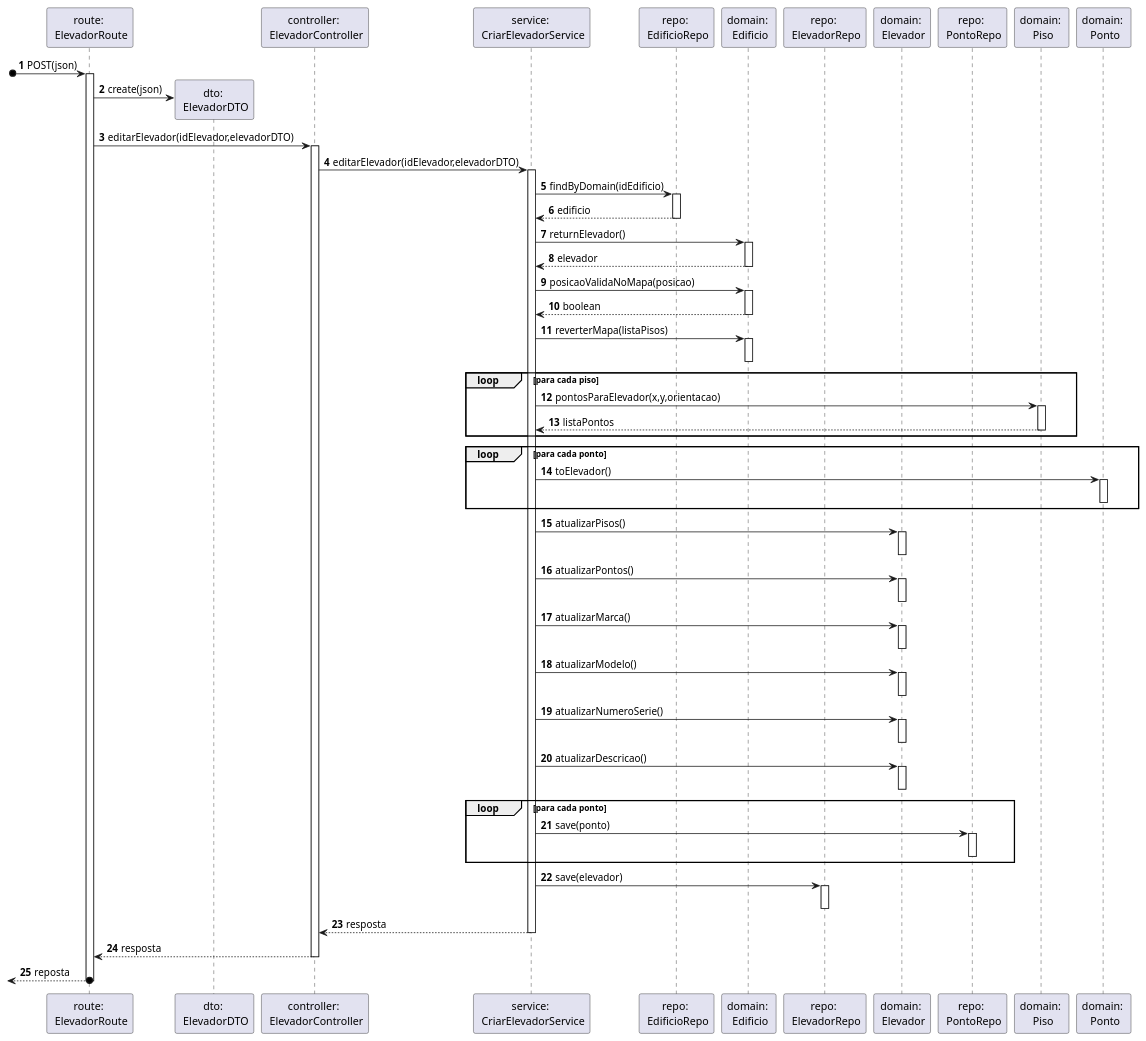
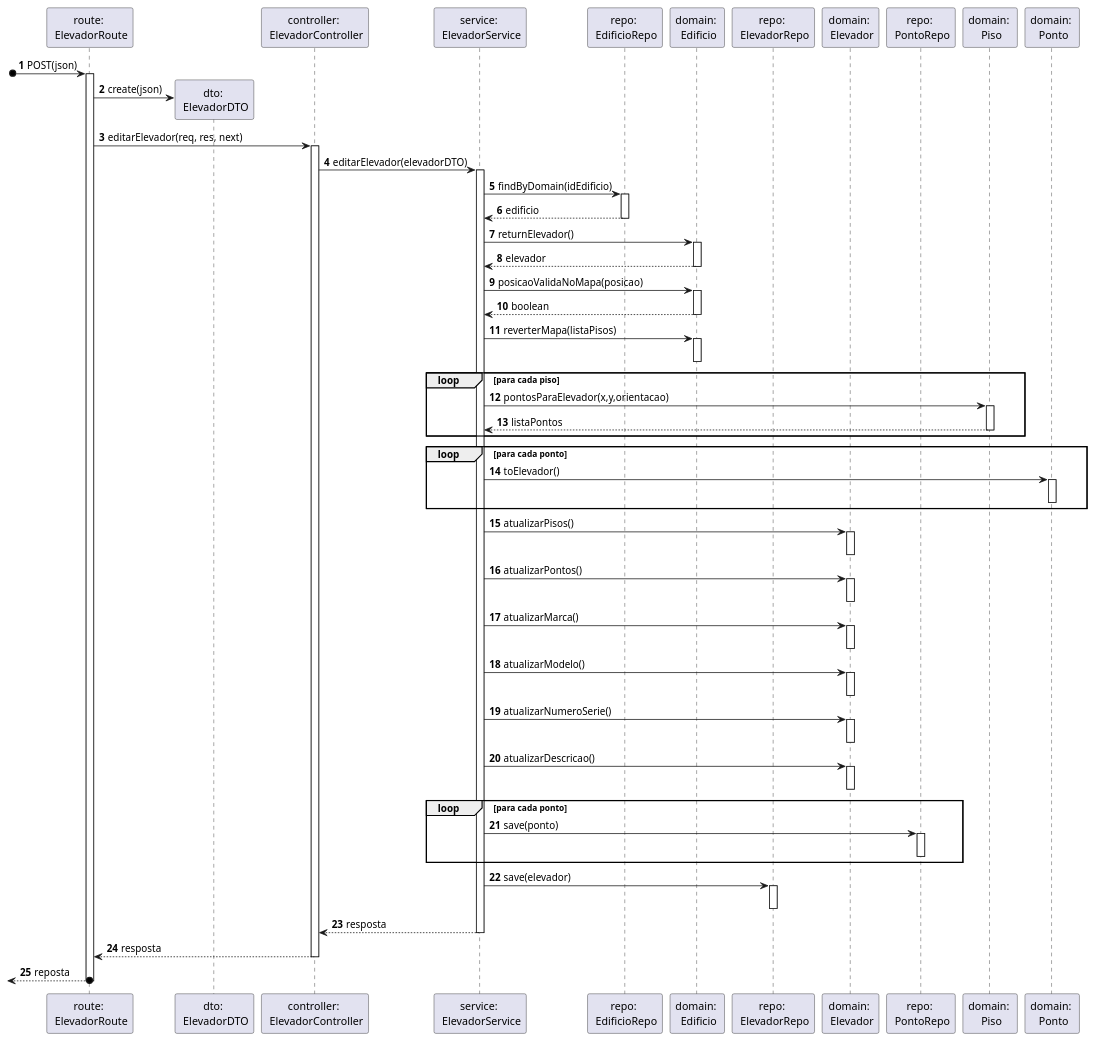
One commit to SEM5PI2324G58/sem5pi_g58_23_24 changed the diagram in docs/Sprint_A/US_280/N3/N3_VP.puml. Above: the diagram before and after it, drawn with PlantUML. The commit also changed 4 other files, not shown here.

```diff
--- a/docs/Sprint_A/US_280/N3/N3_VP.puml
+++ b/docs/Sprint_A/US_280/N3/N3_VP.puml
@@ -1,87 +1,87 @@
 autonumber
 
 participant "route: \n ElevadorRoute" as route
 participant "dto: \n ElevadorDTO" as dto
 participant "controller: \n ElevadorController" as ctrl
-participant "service: \n CriarElevadorService" as service
+participant "service: \n ElevadorService" as service
 participant "repo: \n EdificioRepo" as edRepo
 participant "domain: \n Edificio" as edificio
 participant "repo: \n ElevadorRepo" as eleRepo
 participant "domain: \n Elevador" as elevador
 participant "repo: \n PontoRepo" as PontoRepo
 participant "domain: \n Piso" as Piso
 participant "domain: \n Ponto" as Ponto
 
 
 [o-> route: POST(json)
 activate route
 route -> dto ** : create(json)
-route -> ctrl: editarElevador(idElevador,elevadorDTO)
+route -> ctrl: editarElevador(req, res, next)
 activate ctrl
-ctrl -> service: editarElevador(idElevador,elevadorDTO) 
+ctrl -> service: editarElevador(elevadorDTO) 
 activate service
 service -> edRepo: findByDomain(idEdificio)
 activate edRepo
 return edificio
 service -> edificio: returnElevador()
 activate edificio
 return elevador
 
 service -> edificio : posicaoValidaNoMapa(posicao)
 activate edificio
 return boolean
 
 service -> edificio: reverterMapa(listaPisos)
 activate edificio
 deactivate edificio
 
 loop para cada piso
 service -> Piso : pontosParaElevador(x,y,orientacao)
 activate Piso
 return listaPontos
 end loop
 
 loop para cada ponto
 service -> Ponto : toElevador()
 activate Ponto
 deactivate Ponto
 
 end loop 
 
 service -> elevador: atualizarPisos()
 activate elevador
 deactivate elevador
 
 service -> elevador: atualizarPontos()
 activate elevador
 deactivate elevador
 
 service -> elevador: atualizarMarca()
 activate elevador
 deactivate elevador
 
 service -> elevador: atualizarModelo()
 activate elevador
 deactivate elevador
 
 service -> elevador: atualizarNumeroSerie()
 activate elevador
 deactivate elevador
 
 service -> elevador: atualizarDescricao()
 activate elevador
 deactivate elevador
 
 loop para cada ponto
 service -> PontoRepo : save(ponto)
 activate PontoRepo
 deactivate PontoRepo
 end loop 
 
 service -> eleRepo: save(elevador)
 activate eleRepo
 deactivate eleRepo
 
 return resposta
 return resposta
 return reposta
```
